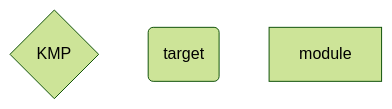
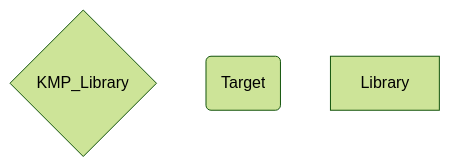
The second of 2 diagrams in README.md (Oztechan/CCC), drawn with Mermaid (forest theme) before and after one commit. The commit also changed other lines of this file and 5 other files, not shown here.

````diff
--- a/README.md
+++ b/README.md
@@ -101,6 +100,6 @@
 ```mermaid
 graph TD;
-KMP{KMP}
-target(target)
-module
+KMP_Library{KMP_Library}
+Target(Target)
+Library
 ```
````
